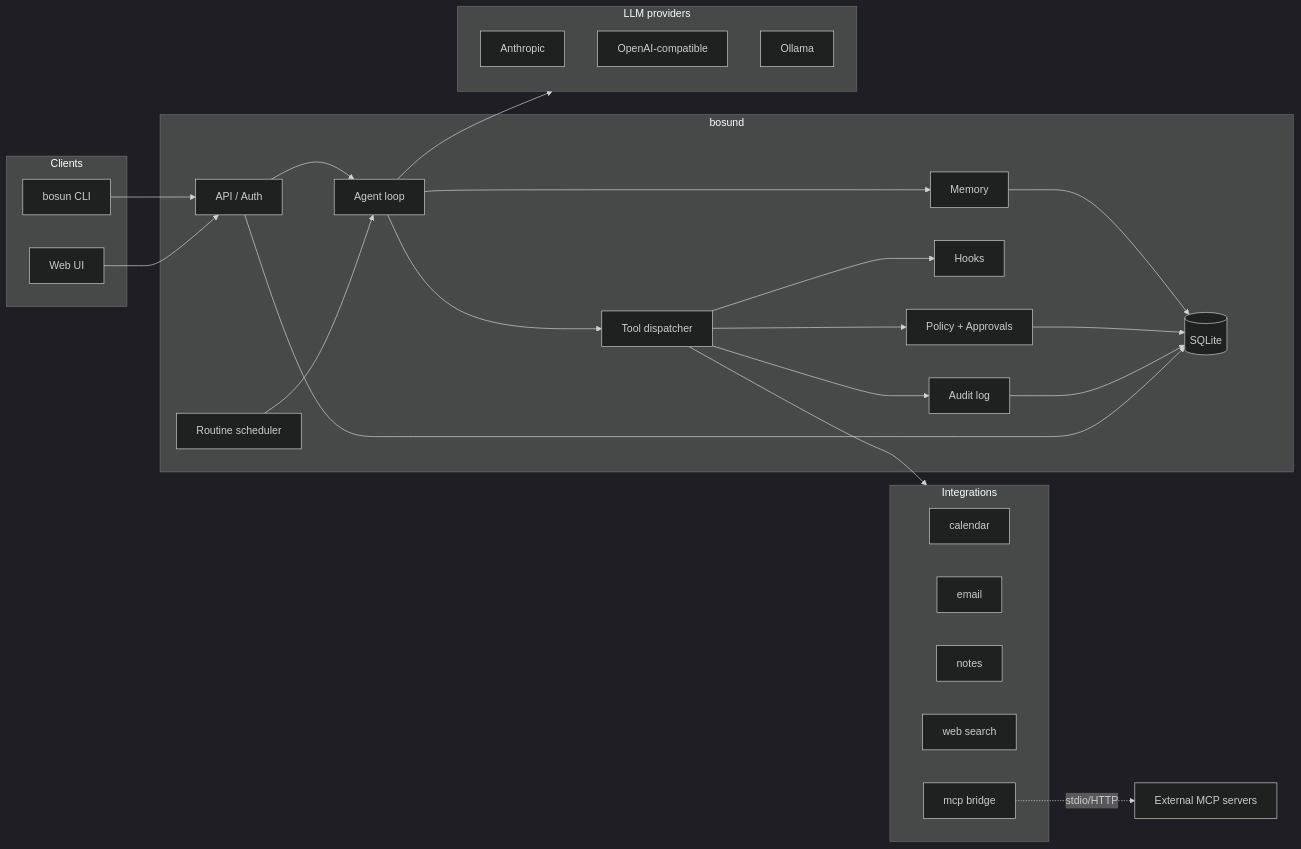
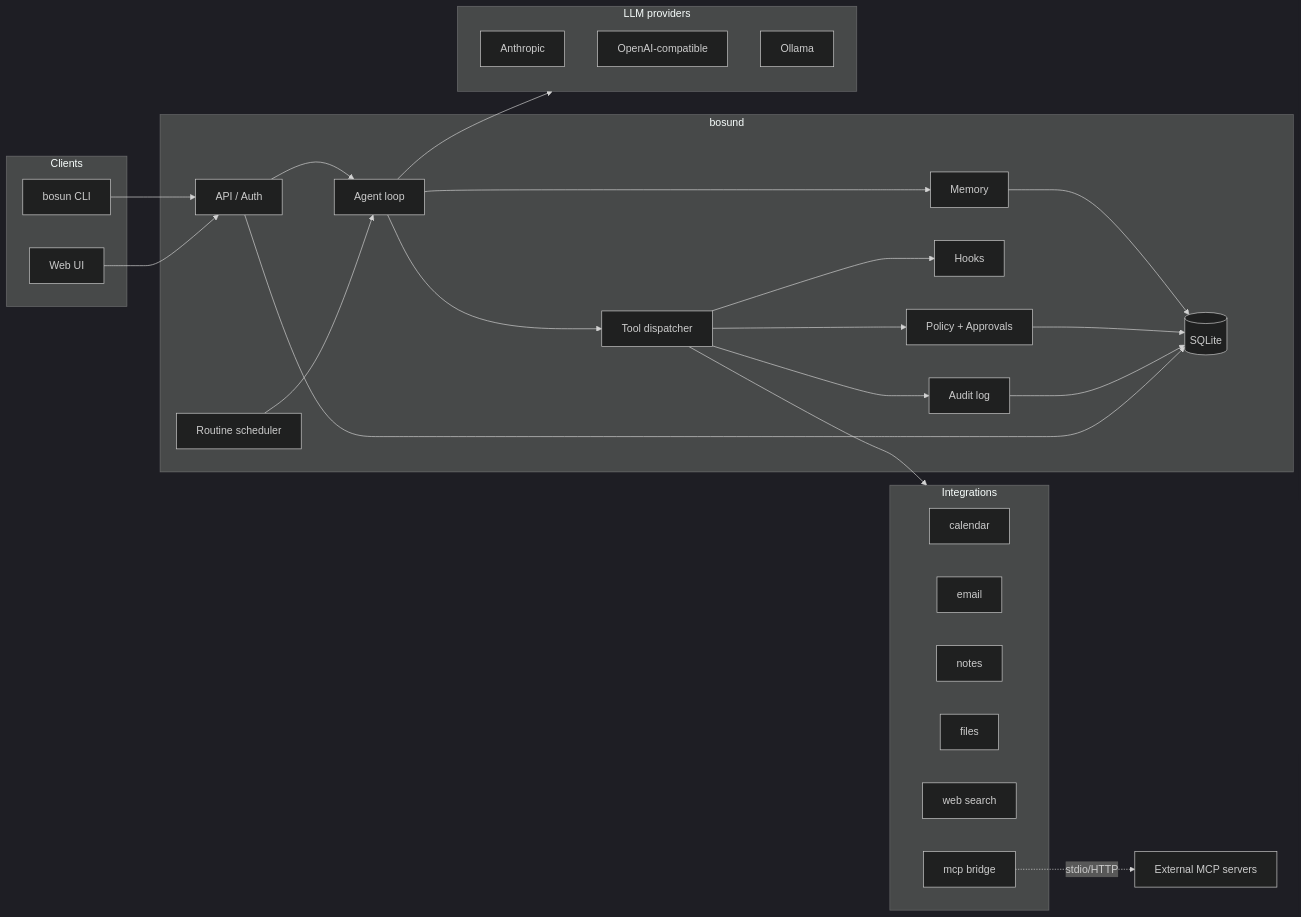
The diagram in ARCHITECTURE.md (PerishableDave/bosun), drawn with Mermaid (dark theme) before and after one commit. The commit also changed other lines of this file and 6 other files, not shown here.

````diff
--- a/ARCHITECTURE.md
+++ b/ARCHITECTURE.md
@@ -19,50 +19,51 @@
 ```mermaid
 flowchart LR
     subgraph clients [Clients]
         CLI[bosun CLI]
         Web[Web UI]
     end
 
     subgraph daemon [bosund]
         API[API / Auth]
         Agent[Agent loop]
         Policy[Policy + Approvals]
         Hooks[Hooks]
         Disp[Tool dispatcher]
         Routines[Routine scheduler]
         Memory[Memory]
         Audit[Audit log]
         Store[(SQLite)]
     end
 
     subgraph integrations [Integrations]
         Cal[calendar]
         Mail[email]
         Notes[notes]
+        Files[files]
         Search[web search]
         MCP[mcp bridge]
     end
 
     subgraph llm [LLM providers]
         Anth[Anthropic]
         OAI[OpenAI-compatible]
         Oll[Ollama]
     end
 
     CLI --> API
     Web --> API
     API --> Agent
     Routines --> Agent
     Agent --> llm
     Agent --> Disp
     Disp --> Hooks
     Disp --> Policy
     Disp --> integrations
     Disp --> Audit
     Agent --> Memory
     Memory --> Store
     Policy --> Store
     Audit --> Store
     API --> Store
     MCP -.stdio/HTTP.-> Ext[External MCP servers]
 ```
````
